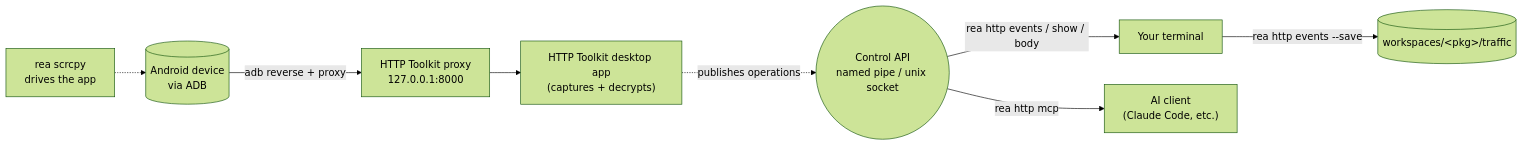
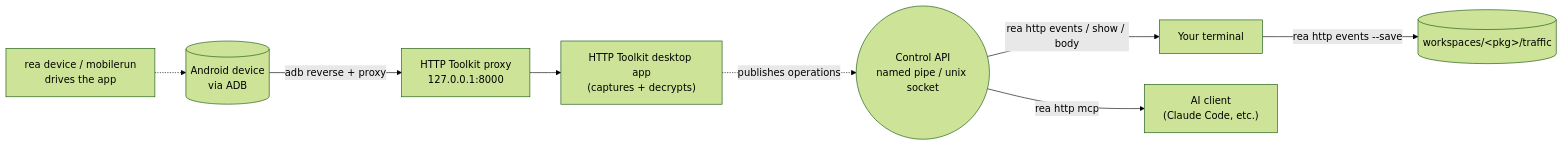
Before and after one commit to impeterwayne/REAKit: the diagram in docs/http_toolkit.md, drawn with Mermaid (forest theme). The commit also changed other lines of this file and 27 other files, not shown here.

Commit message:
feat: integrate mobilerun MCP for device control and automation

````diff
--- a/docs/http_toolkit.md
+++ b/docs/http_toolkit.md
@@ -16,10 +16,10 @@
 ```mermaid
 flowchart LR
     DEV[("Android device<br/>via ADB")] -->|adb reverse + proxy| PROXY["HTTP Toolkit proxy<br/>127.0.0.1:8000"]
     PROXY --> APP["HTTP Toolkit desktop app<br/>(captures + decrypts)"]
     APP -. publishes operations .-> API(("Control API<br/>named pipe / unix socket"))
     API -->|rea http events / show / body| CLI["Your terminal"]
     API -->|rea http mcp| AI["AI client<br/>(Claude Code, etc.)"]
     CLI -->|rea http events --save| WS[("workspaces/&lt;pkg&gt;/traffic")]
-    SCRCPY["rea scrcpy<br/>drives the app"] -.-> DEV
+    DEVICE["rea device / mobilerun<br/>drives the app"] -.-> DEV
 ```
````
